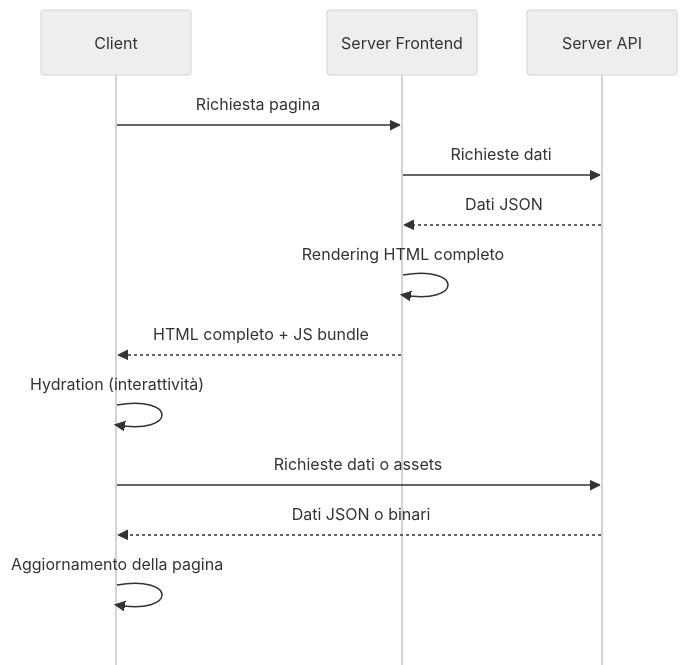
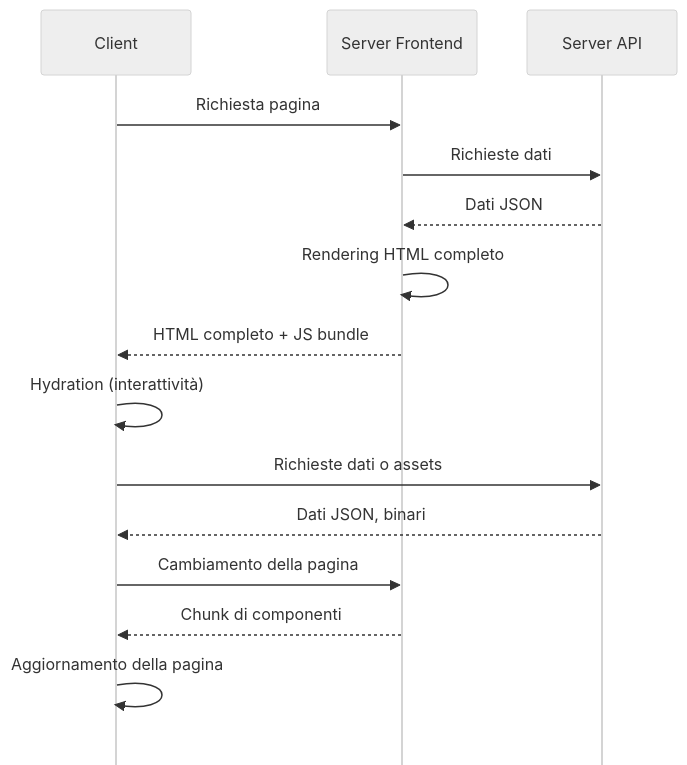
Before and after one commit to iacobucci/tesi-triennale: the third of 4 diagrams in pres/slides/presentazione.md, drawn with Mermaid. The commit also changed other lines of this file and 2 other files, not shown here.

Commit message:
new file:   notes.rnote 	new file:   pres/script.txt 	modified:   pres/slides/presentazione.md

```diff
--- a/pres/slides/presentazione.md
+++ b/pres/slides/presentazione.md
@@ -150,16 +152,18 @@
-<div class="mermaid" style="width: 70%; padding-left: 60px">
+<div class="mermaid" style="width: 60%; padding-left: 60px">
 %%{init: {'theme': 'neutral', 'mirrorActors': false} }%%
 sequenceDiagram
 participant client as Client
 participant frontend as Server Frontend
 participant backend as Server API
 client->>frontend: Richiesta pagina
 frontend->>backend: Richieste dati
 backend-->>frontend: Dati JSON
 frontend->>frontend: Rendering HTML completo
 frontend-->>client: HTML completo + JS bundle
 client->>client: Hydration (interattività)
 client->>backend: Richieste dati o assets
-backend-->>client: Dati JSON o binari
+backend-->>client: Dati JSON, binari
+client->>frontend: Cambiamento della pagina
+frontend-->>client: Chunk di componenti
 client->>client: Aggiornamento della pagina
 </div>
```
